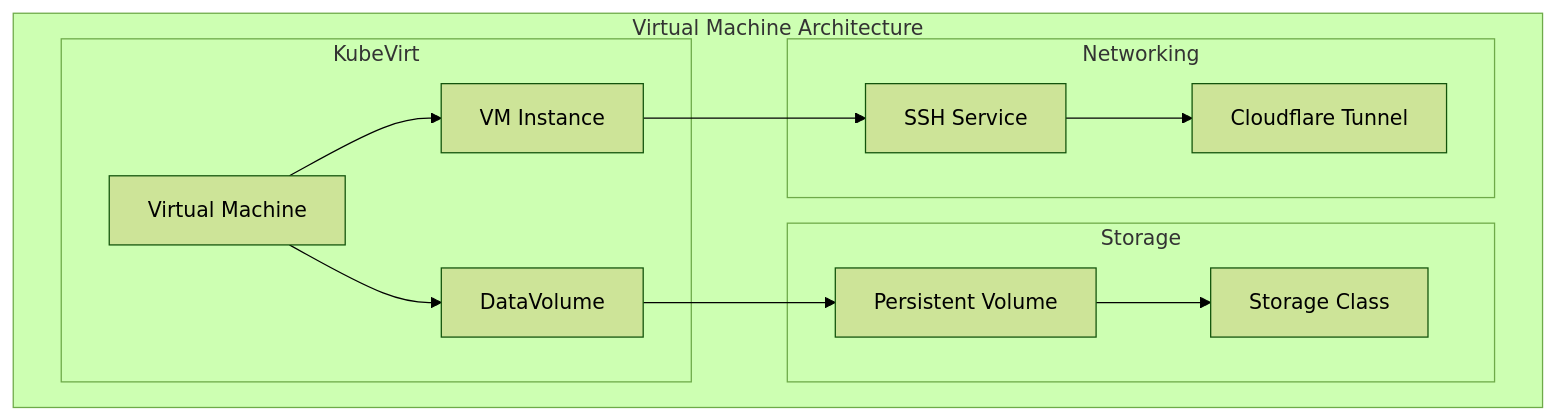
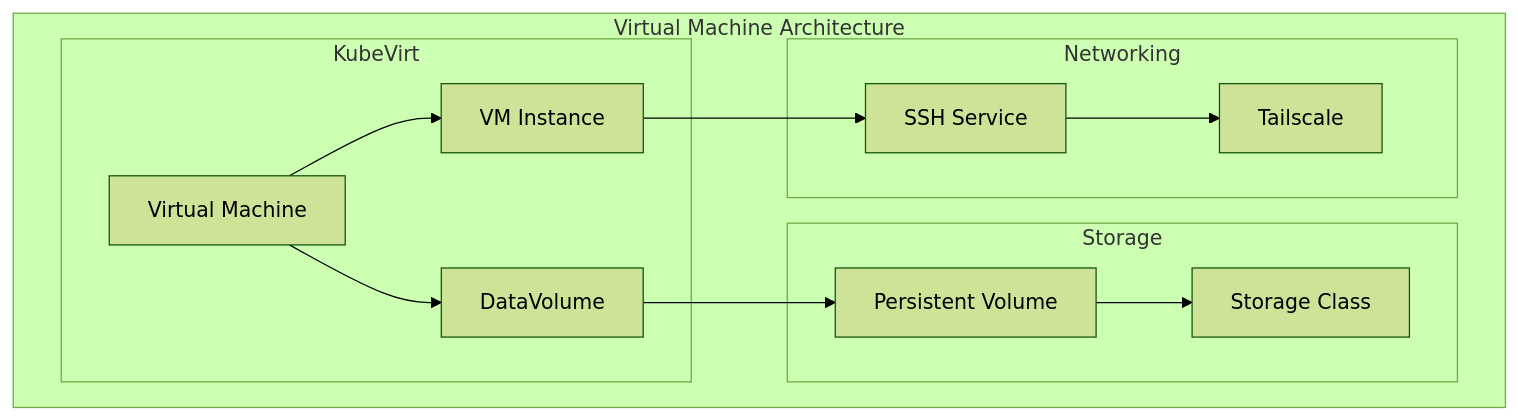
The fourth of 5 diagrams in docs/kubernetes-applications.md (enchantednatures/HomeCluster), drawn with Mermaid (forest theme) before and after one commit. The commit also changed other lines of this file and 4 other files, not shown here.

````diff
--- a/docs/kubernetes-applications.md
+++ b/docs/kubernetes-applications.md
@@ -364,27 +362,27 @@
 ```mermaid
 graph TB
     subgraph "Virtual Machine Architecture"
         subgraph "KubeVirt"
             VM[Virtual Machine]
             DV[DataVolume]
             VMI[VM Instance]
         end
 
         subgraph "Storage"
             PV[Persistent Volume]
             STORAGE_CLASS[Storage Class]
         end
 
         subgraph "Networking"
             SVC[SSH Service]
-            CF[Cloudflare Tunnel]
+            TS[Tailscale]
         end
     end
 
     VM --> VMI
     VM --> DV
     DV --> PV
     PV --> STORAGE_CLASS
     VMI --> SVC
-    SVC --> CF
+    SVC --> TS
 ```
````
